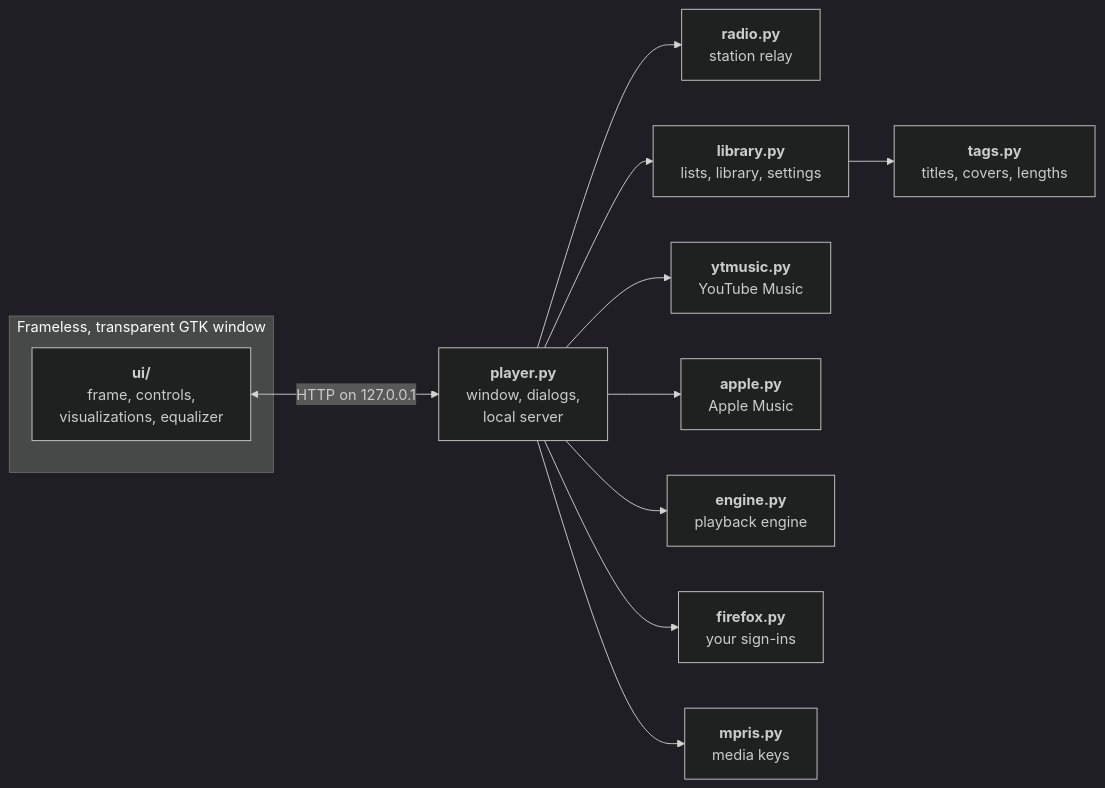
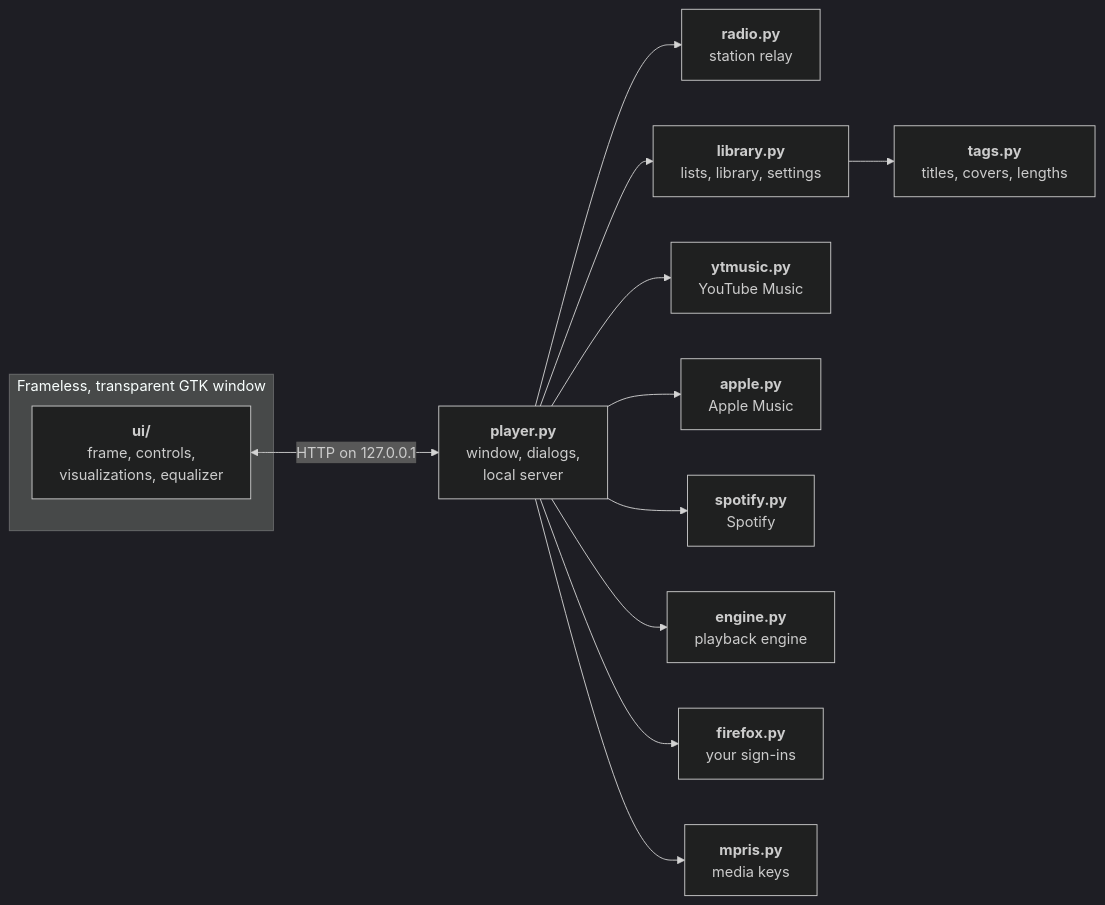
Before and after one commit to NahuelGenchi/ocean-mist: the first of 2 diagrams in README.md, drawn with Mermaid (dark theme). The commit also changed other lines of this file and 9 other files, not shown here.

````diff
--- a/README.md
+++ b/README.md
@@ -321,23 +362,25 @@
 ```mermaid
 flowchart LR
     subgraph window["Frameless, transparent GTK window"]
         page["<b>ui/</b><br/>frame, controls,<br/>visualizations, equalizer"]
     end
     host["<b>player.py</b><br/>window, dialogs,<br/>local server"]
     radio["<b>radio.py</b><br/>station relay"]
     library["<b>library.py</b><br/>lists, library, settings"]
     tags["<b>tags.py</b><br/>titles, covers, lengths"]
     ytmusic["<b>ytmusic.py</b><br/>YouTube Music"]
     apple["<b>apple.py</b><br/>Apple Music"]
+    spotify["<b>spotify.py</b><br/>Spotify"]
     engine["<b>engine.py</b><br/>playback engine"]
     firefox["<b>firefox.py</b><br/>your sign-ins"]
     mpris["<b>mpris.py</b><br/>media keys"]
     page <-->|"HTTP on 127.0.0.1"| host
     host --> radio
     host --> library --> tags
     host --> ytmusic
     host --> apple
+    host --> spotify
     host --> engine
     host --> firefox
     host --> mpris
 ```
````
